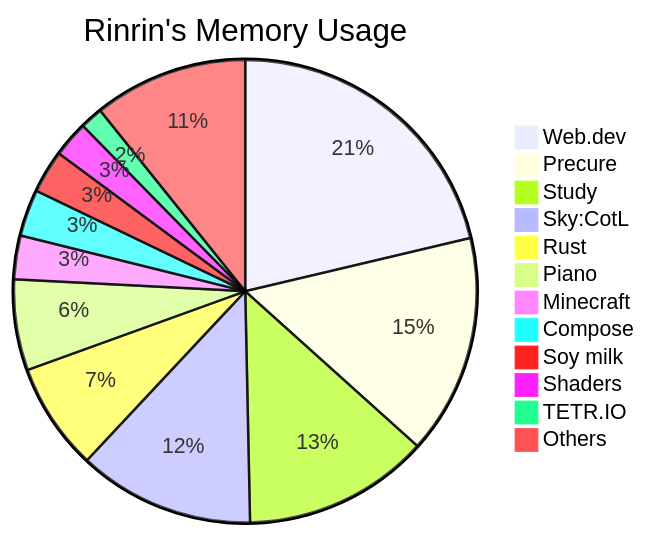
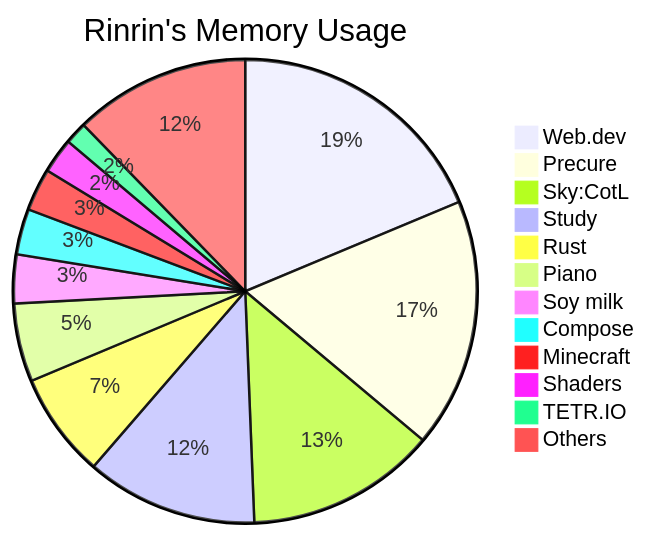
One commit to Rinrin0413/Rinrin0413 changed the diagram in README.md. Above: the diagram before and after it, drawn with Mermaid.

Commit message:
🛠 Update: Rinrin's Memory Usage

````diff
--- a/README.md
+++ b/README.md
@@ -75,15 +75,15 @@
 ```mermaid
 pie title Rinrin's Memory Usage
-    "Web.dev": 483
-    "Precure": 348
-    "Study": 295
-    "Sky:CotL": 279
+    "Web.dev": 434
+    "Precure": 404
+    "Sky:CotL": 308
+    "Study": 278
     "Rust": 170
-    "Piano": 144
+    "Piano": 127
+    "Soy milk": 79
+    "Compose": 74
     "Minecraft": 69
-    "Compose": 74
-    "Soy milk": 68
     "Shaders": 57
     "TETR.IO": 36
-    "Others": 244
+    "Others": 285
 ```
````
